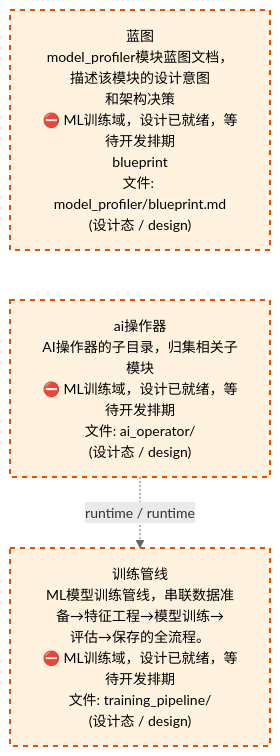
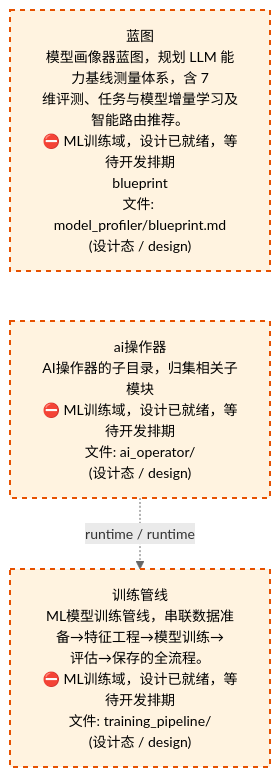
Before and after one commit to xuanFelixVan/ZephyrAlpha: the third of 4 diagrams in docs/02_enterprise_architecture/02_domain_architecture_docs/61_d_ml_train.md, drawn with Mermaid. The commit also changed other lines of this file and 43 other files, not shown here.

````diff
--- a/docs/02_enterprise_architecture/02_domain_architecture_docs/61_d_ml_train.md
+++ b/docs/02_enterprise_architecture/02_domain_architecture_docs/61_d_ml_train.md
@@ -119,14 +119,14 @@
 ```mermaid
 %%{init: {'theme': 'base', 'themeVariables': {'primaryColor': '#eaeaea', 'primaryTextColor': '#333333', 'primaryBorderColor': '#666666', 'lineColor': '#666666', 'secondaryColor': '#eaeaea', 'tertiaryColor': '#eaeaea', 'fontSize': '14px'}}}%%
 flowchart TD
-    docs_03_modules_cross_layer_model_profiler_blueprint_md["蓝图<br/>model_profiler模块蓝图文档，描述该模块的设计意图<br/>和架构决策<br/>⛔ ML训练域，设计已就绪，等待开发排期<br/>blueprint<br/>文件: model_profiler/blueprint.md<br/>(设计态 / design)"]
+    docs_03_modules_cross_layer_model_profiler_blueprint_md["蓝图<br/>模型画像器蓝图，规划 LLM 能力基线测量体系，含 7<br/>维评测、任务与模型增量学习及智能路由推荐。<br/>⛔ ML训练域，设计已就绪，等待开发排期<br/>blueprint<br/>文件: model_profiler/blueprint.md<br/>(设计态 / design)"]
     src_zephyr_ml_train_ai_operator["ai操作器<br/>AI操作器的子目录，归集相关子模块<br/>⛔ ML训练域，设计已就绪，等待开发排期<br/>文件: ai_operator/<br/>(设计态 / design)"]
     docs_03_modules_cross_layer_model_profiler_blueprint_md ~~~ src_zephyr_ml_train_ai_operator
     src_zephyr_ml_train_training_pipeline["训练管线<br/>ML模型训练管线，串联数据准备→特征工程→模型训练→<br/>评估→保存的全流程。<br/>⛔ ML训练域，设计已就绪，等待开发排期<br/>文件: training_pipeline/<br/>(设计态 / design)"]
     src_zephyr_ml_train_ai_operator -.->|runtime / runtime| src_zephyr_ml_train_training_pipeline
     classDef production fill:#e1f5fe,stroke:#01579b,stroke-width:2px,color:#000
     classDef design fill:#fff3e0,stroke:#e65100,stroke-width:2px,color:#000,stroke-dasharray: 5 5
     classDef external_prod fill:#e8f4fd,stroke:#0277bd,stroke-width:1px,color:#000
     classDef external_design fill:#fff8e7,stroke:#ef6c00,stroke-width:1px,color:#000,stroke-dasharray: 5 5
     class docs_03_modules_cross_layer_model_profiler_blueprint_md,src_zephyr_ml_train_ai_operator,src_zephyr_ml_train_training_pipeline design
 ```
````
